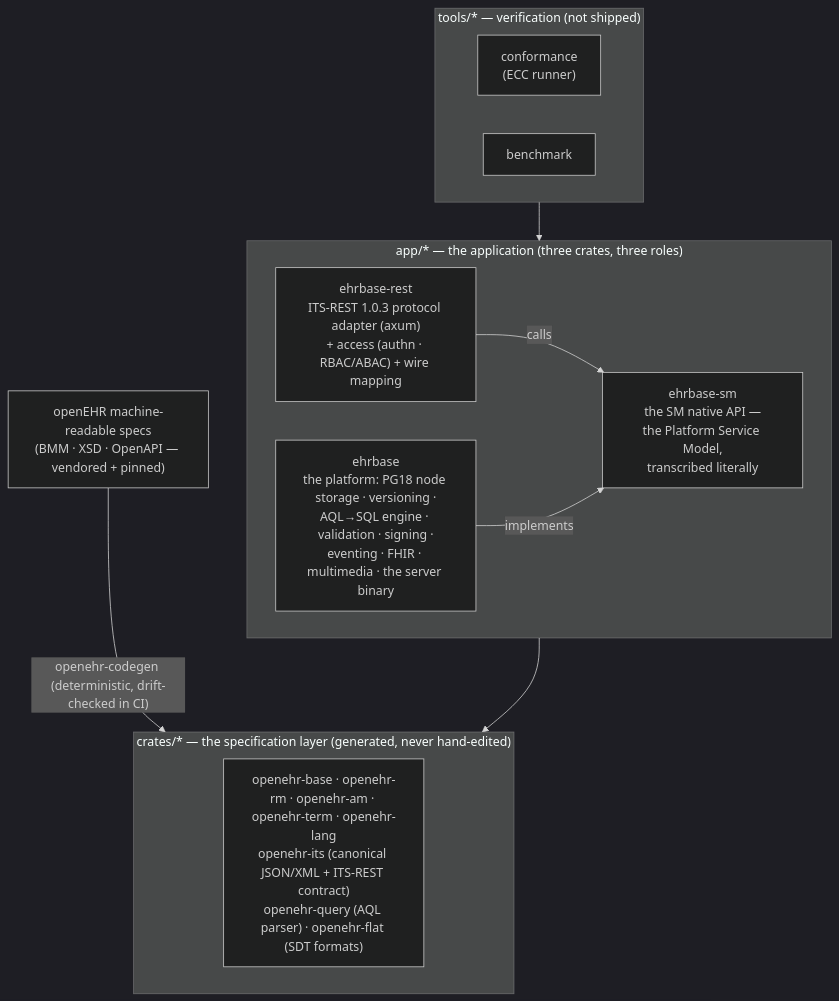
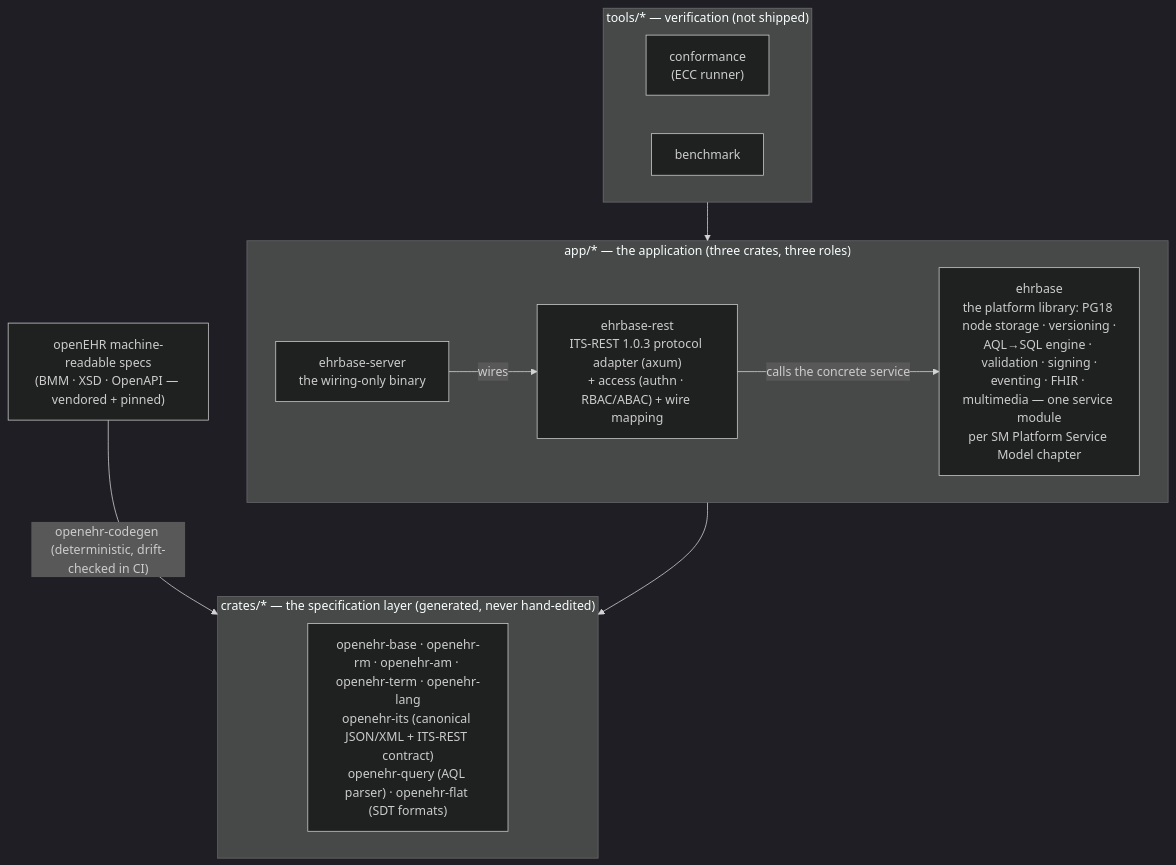
The diagram in README.md (rubentalstra/FerroEHR), drawn with Mermaid (dark theme) before and after one commit. The commit also changed other lines of this file and 1 other file, not shown here.

````diff
--- a/README.md
+++ b/README.md
@@ -187,25 +186,25 @@
 ```mermaid
 flowchart TB
     specs["openEHR machine-readable specs<br/>(BMM · XSD · OpenAPI — vendored + pinned)"]
 
     subgraph crates ["crates/* — the specification layer (generated, never hand-edited)"]
         openehr["openehr-base · openehr-rm · openehr-am · openehr-term · openehr-lang<br/>openehr-its (canonical JSON/XML + ITS-REST contract)<br/>openehr-query (AQL parser) · openehr-flat (SDT formats)"]
     end
 
     subgraph app ["app/* — the application (three crates, three roles)"]
         rest["ehrbase-rest<br/>ITS-REST 1.0.3 protocol adapter (axum)<br/>+ access (authn · RBAC/ABAC) + wire mapping"]
-        sm["ehrbase-sm<br/>the SM native API —<br/>the Platform Service Model,<br/>transcribed literally"]
-        core["ehrbase<br/>the platform: PG18 node storage · versioning ·<br/>AQL→SQL engine · validation · signing ·<br/>eventing · FHIR · multimedia · the server binary"]
+        core["ehrbase<br/>the platform library: PG18 node storage · versioning ·<br/>AQL→SQL engine · validation · signing ·<br/>eventing · FHIR · multimedia — one service module<br/>per SM Platform Service Model chapter"]
+        bin["ehrbase-server<br/>the wiring-only binary"]
     end
 
     subgraph tools ["tools/* — verification (not shipped)"]
         conf["conformance<br/>(ECC runner)"]
         bench["benchmark"]
     end
 
     specs -- "openehr-codegen (deterministic, drift-checked in CI)" --> crates
-    rest -- "calls" --> sm
-    core -- "implements" --> sm
+    bin -- "wires" --> rest
+    rest -- "calls the concrete service" --> core
     app --> crates
     tools --> app
 ```
````
